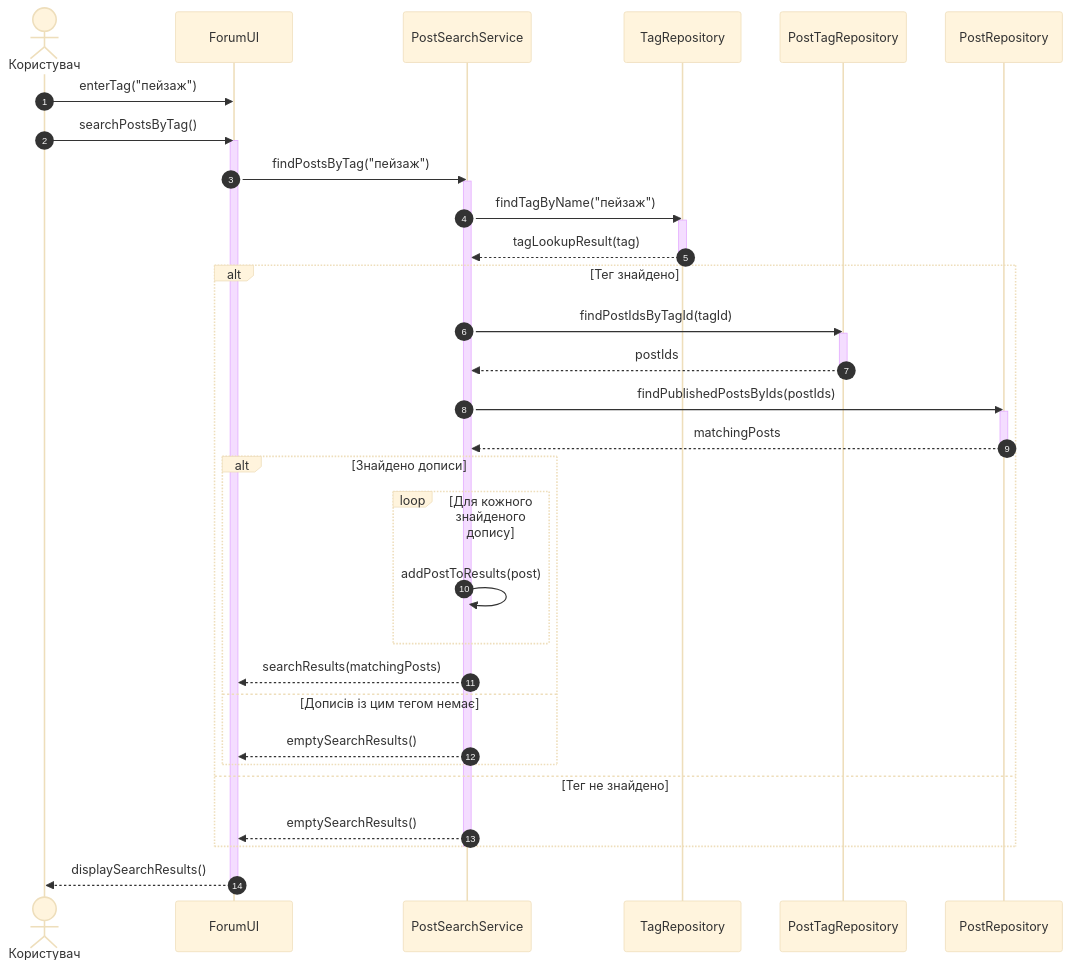
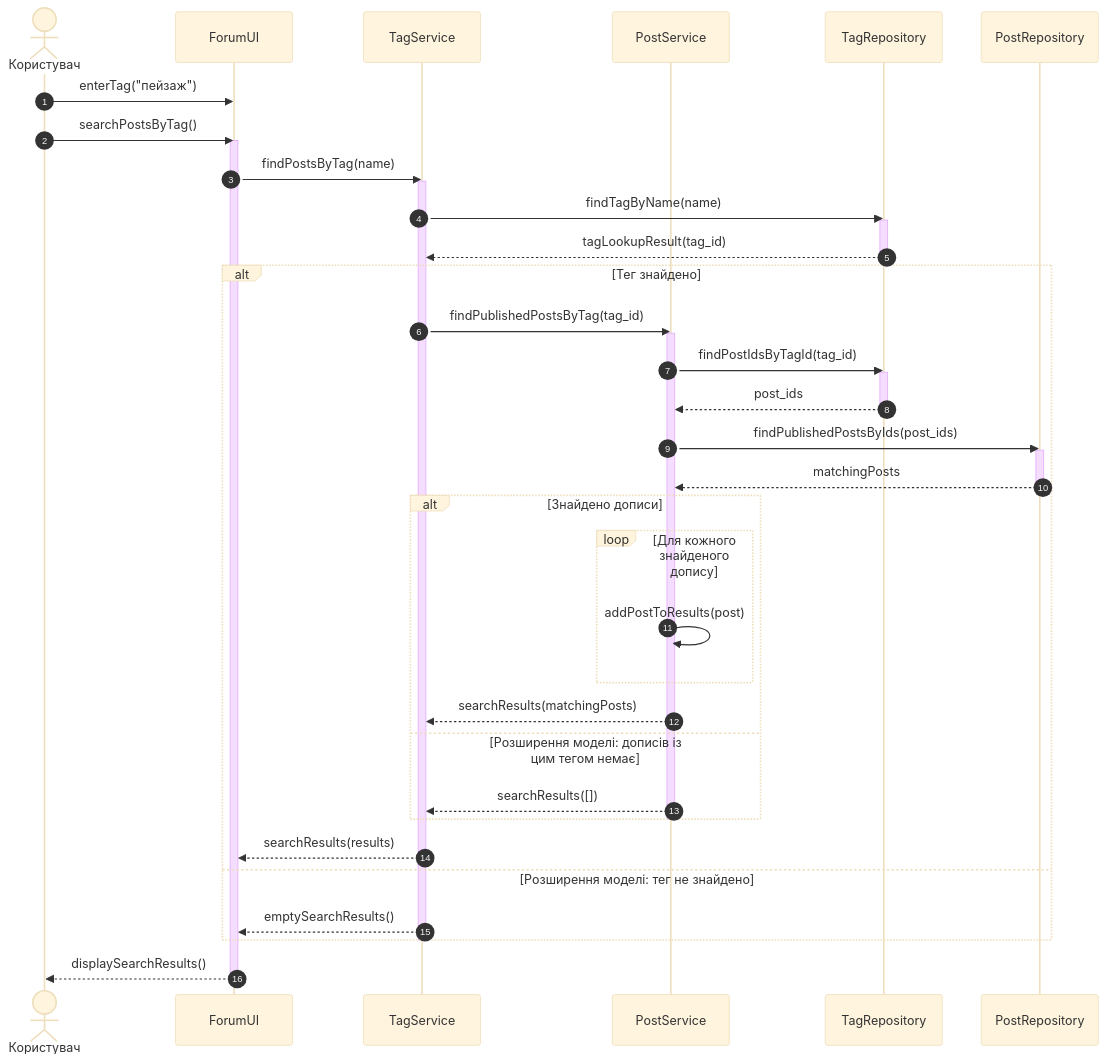
Before and after one commit to Strol20/kpi2_labs: the diagram in sequence diagram/UC-07-search-posts-by-tag.md, drawn with Mermaid (base theme). The commit also changed 10 other files, not shown here.

````diff
--- a/sequence diagram/UC-07-search-posts-by-tag.md
+++ b/sequence diagram/UC-07-search-posts-by-tag.md
@@ -3,43 +3,47 @@
 ```mermaid
 sequenceDiagram
     autonumber
     actor User as Користувач
     participant UI as ForumUI
-    participant SearchService as PostSearchService
+    participant TagService as TagService
+    participant PostService as PostService
     participant TagRepository as TagRepository
-    participant PostTagRepository as PostTagRepository
     participant PostRepository as PostRepository
 
     User->>UI: enterTag("пейзаж")
     User->>UI: searchPostsByTag()
     activate UI
-    UI->>SearchService: findPostsByTag("пейзаж")
-    activate SearchService
-    SearchService->>TagRepository: findTagByName("пейзаж")
+    UI->>TagService: findPostsByTag(name)
+    activate TagService
+    TagService->>TagRepository: findTagByName(name)
     activate TagRepository
-    TagRepository-->>SearchService: tagLookupResult(tag)
+    TagRepository-->>TagService: tagLookupResult(tag_id)
     deactivate TagRepository
     alt Тег знайдено
-        SearchService->>PostTagRepository: findPostIdsByTagId(tagId)
-        activate PostTagRepository
-        PostTagRepository-->>SearchService: postIds
-        deactivate PostTagRepository
-        SearchService->>PostRepository: findPublishedPostsByIds(postIds)
+        TagService->>PostService: findPublishedPostsByTag(tag_id)
+        activate PostService
+        PostService->>TagRepository: findPostIdsByTagId(tag_id)
+        activate TagRepository
+        TagRepository-->>PostService: post_ids
+        deactivate TagRepository
+        PostService->>PostRepository: findPublishedPostsByIds(post_ids)
         activate PostRepository
-        PostRepository-->>SearchService: matchingPosts
+        PostRepository-->>PostService: matchingPosts
         deactivate PostRepository
         alt Знайдено дописи
             loop Для кожного знайденого допису
-                SearchService->>SearchService: addPostToResults(post)
+                PostService->>PostService: addPostToResults(post)
             end
-            SearchService-->>UI: searchResults(matchingPosts)
-        else Дописів із цим тегом немає
-            SearchService-->>UI: emptySearchResults()
+            PostService-->>TagService: searchResults(matchingPosts)
+        else Розширення моделі: дописів із цим тегом немає
+            PostService-->>TagService: searchResults([])
         end
-    else Тег не знайдено
-        SearchService-->>UI: emptySearchResults()
+        deactivate PostService
+        TagService-->>UI: searchResults(results)
+    else Розширення моделі: тег не знайдено
+        TagService-->>UI: emptySearchResults()
     end
-    deactivate SearchService
+    deactivate TagService
     UI-->>User: displaySearchResults()
     deactivate UI
 ```
````
